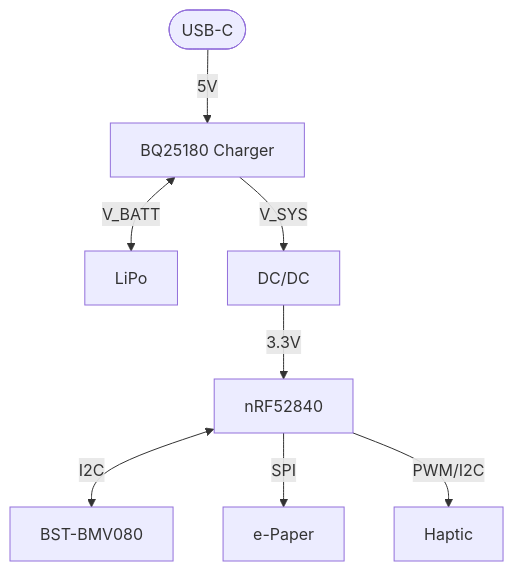
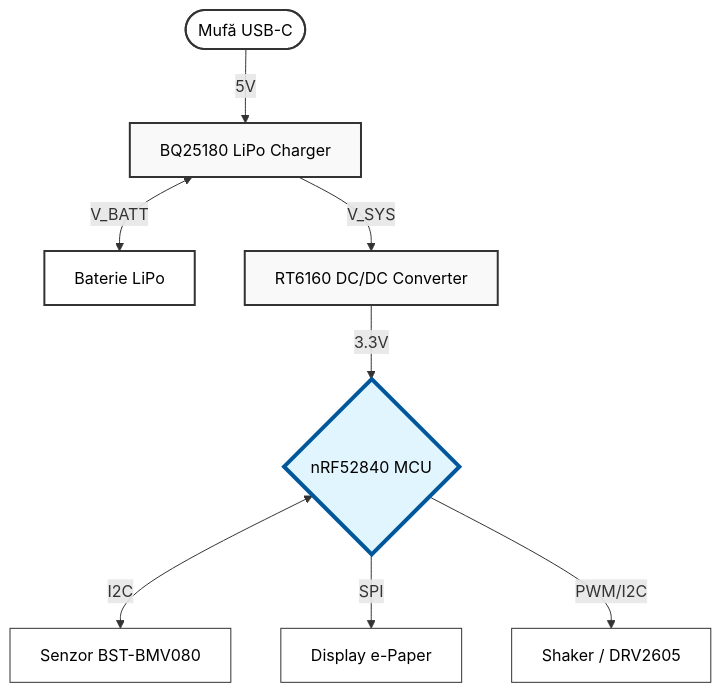
Before and after one commit to Horiqq7/InkTime: the diagram in README.md, drawn with Mermaid. The commit also changed other lines of this file, not shown here.

````diff
--- a/README.md
+++ b/README.md
@@ -19,11 +23,35 @@
 ```mermaid
 flowchart TD
-    USB([USB-C]) -->|5V| BQ[BQ25180 Charger]
-    BQ <-->|V_BATT| LIPO[LiPo]
-    BQ -->|V_SYS| RT[DC/DC]
-    RT -->|3.3V| MCU[nRF52840]
+    %% Noduri principale
+    USB([Mufă USB-C])
+    BQ[BQ25180 LiPo Charger]
+    LIPO[Baterie LiPo]
+    RT[RT6160 DC/DC Converter]
+    MCU{nRF52840 MCU}
 
-    MCU <-->|I2C| BST[BST-BMV080]
-    MCU -->|SPI| EPD[e-Paper]
-    MCU -->|PWM/I2C| SHK[Haptic]
+    %% Periferice
+    BST[Senzor BST-BMV080]
+    EPD[Display e-Paper]
+    SHK[Shaker / DRV2605]
+
+    %% Conexiuni Alimentare
+    USB -->|5V| BQ
+    BQ <-->|V_BATT| LIPO
+    BQ -->|V_SYS| RT
+    RT -->|3.3V| MCU
+
+    %% Conexiuni Date
+    MCU <-->|I2C| BST
+    MCU -->|SPI| EPD
+    MCU -->|PWM/I2C| SHK
+
+    %% Styling pentru lizibilitate
+    style USB fill:#ffffff,stroke:#333,stroke-width:2px,color:#000
+    style BQ fill:#f9f9f9,stroke:#333,stroke-width:2px,color:#000
+    style LIPO fill:#ffffff,stroke:#333,stroke-width:2px,color:#000
+    style RT fill:#f9f9f9,stroke:#333,stroke-width:2px,color:#000
+    style MCU fill:#e1f5fe,stroke:#01579b,stroke-width:4px,color:#000
+    style BST fill:#ffffff,stroke:#333,stroke-width:1px,color:#000
+    style EPD fill:#ffffff,stroke:#333,stroke-width:1px,color:#000
+    style SHK fill:#ffffff,stroke:#333,stroke-width:1px,color:#000
 ```
````
